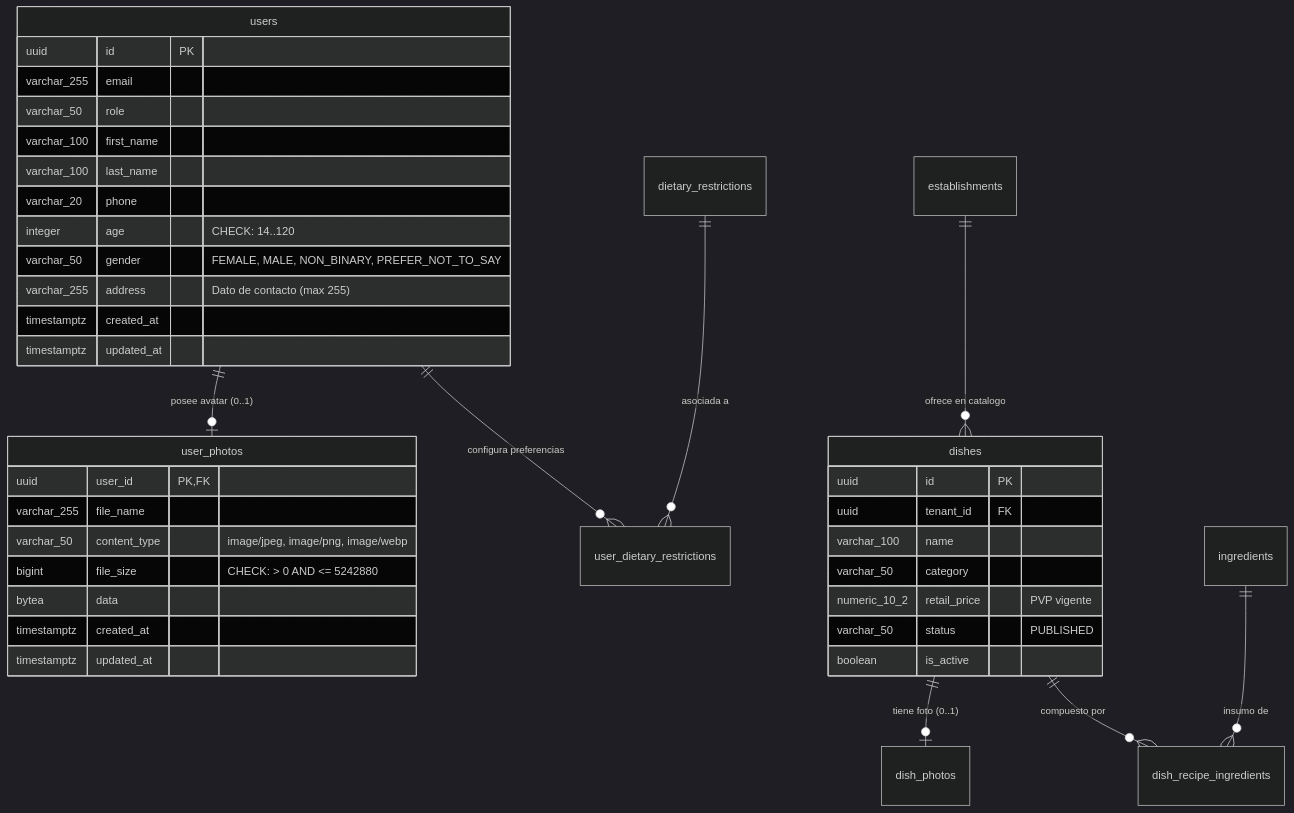
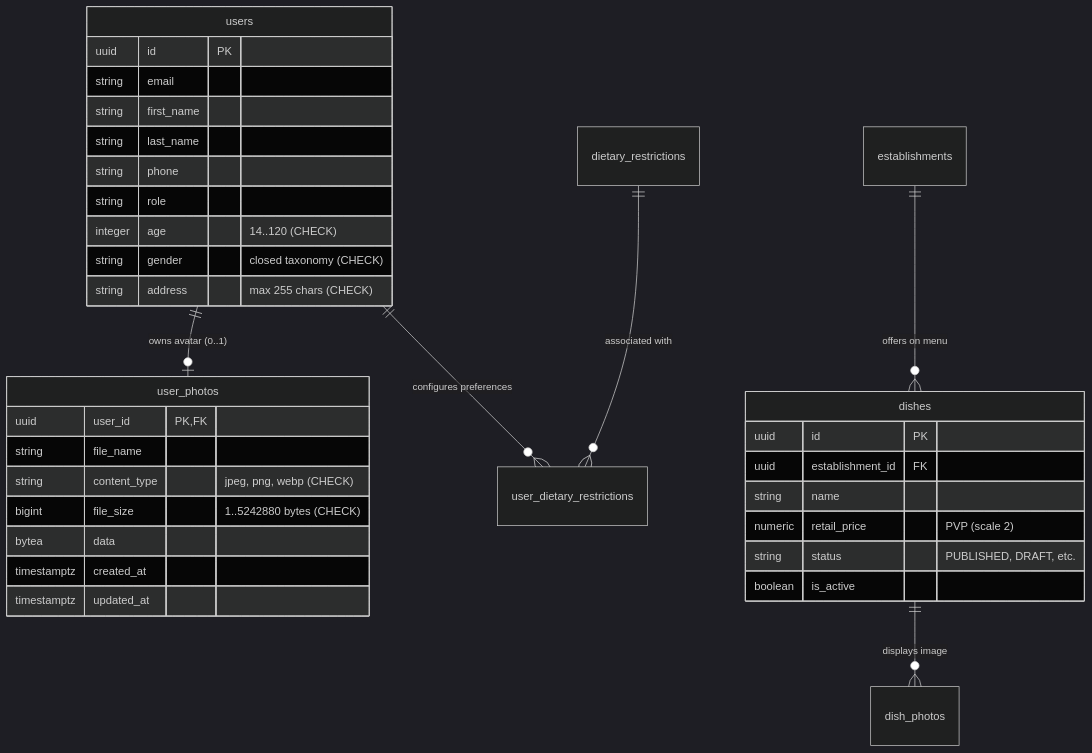
The first of 3 diagrams in specs/009-shopping-cart/data-model.md (ValentinoCarmonaS/G12---GDSI), drawn with Mermaid (dark theme) before and after one commit. The commit also changed other lines of this file and 5 other files, not shown here.

````diff
--- a/specs/009-shopping-cart/data-model.md
+++ b/specs/009-shopping-cart/data-model.md
@@ -111,44 +95,39 @@
 ```mermaid
 erDiagram
-    users ||--o| user_photos : "posee avatar (0..1)"
-    users ||--o{ user_dietary_restrictions : "configura preferencias"
-    dietary_restrictions ||--o{ user_dietary_restrictions : "asociada a"
-    establishments ||--o{ dishes : "ofrece en catalogo"
-    dishes ||--o| dish_photos : "tiene foto (0..1)"
-    dishes ||--o{ dish_recipe_ingredients : "compuesto por"
-    ingredients ||--o{ dish_recipe_ingredients : "insumo de"
+    users ||--o| user_photos : "owns avatar (0..1)"
+    users ||--o{ user_dietary_restrictions : "configures preferences"
+    dietary_restrictions ||--o{ user_dietary_restrictions : "associated with"
+    establishments ||--o{ dishes : "offers on menu"
+    dishes ||--o{ dish_photos : "displays image"
 
     users {
         uuid id PK
-        varchar_255 email
-        varchar_50 role
-        varchar_100 first_name
-        varchar_100 last_name
-        varchar_20 phone
-        integer age "CHECK: 14..120"
-        varchar_50 gender "FEMALE, MALE, NON_BINARY, PREFER_NOT_TO_SAY"
-        varchar_255 address "Dato de contacto (max 255)"
-        timestamptz created_at
-        timestamptz updated_at
+        string email
+        string first_name
+        string last_name
+        string phone
+        string role
+        integer age "14..120 (CHECK)"
+        string gender "closed taxonomy (CHECK)"
+        string address "max 255 chars (CHECK)"
     }
 
     user_photos {
         uuid user_id PK, FK
-        varchar_255 file_name
-        varchar_50 content_type "image/jpeg, image/png, image/webp"
-        bigint file_size "CHECK: > 0 AND <= 5242880"
+        string file_name
+        string content_type "jpeg, png, webp (CHECK)"
+        bigint file_size "1..5242880 bytes (CHECK)"
         bytea data
         timestamptz created_at
         timestamptz updated_at
     }
 
     dishes {
         uuid id PK
-        uuid tenant_id FK
-        varchar_100 name
-        varchar_50 category
-        numeric_10_2 retail_price "PVP vigente"
-        varchar_50 status "PUBLISHED"
+        uuid establishment_id FK
+        string name
+        numeric retail_price "PVP (scale 2)"
+        string status "PUBLISHED, DRAFT, etc."
         boolean is_active
     }
 ```
````
